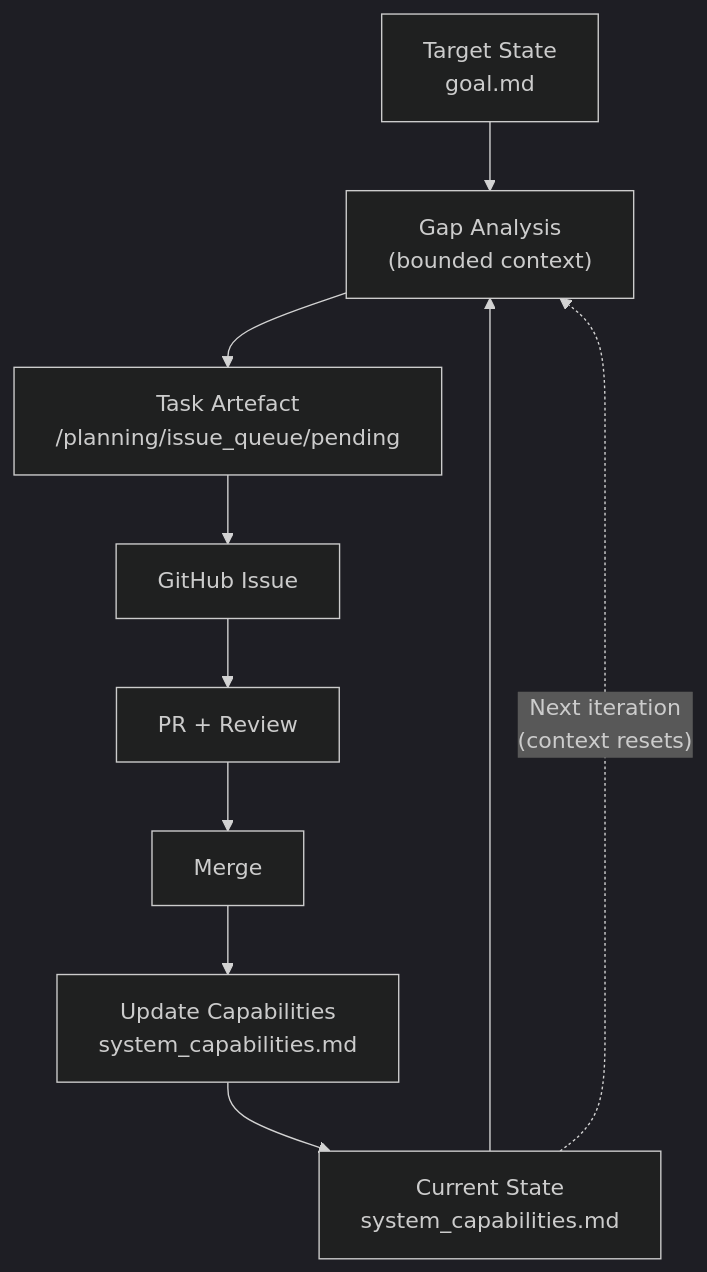
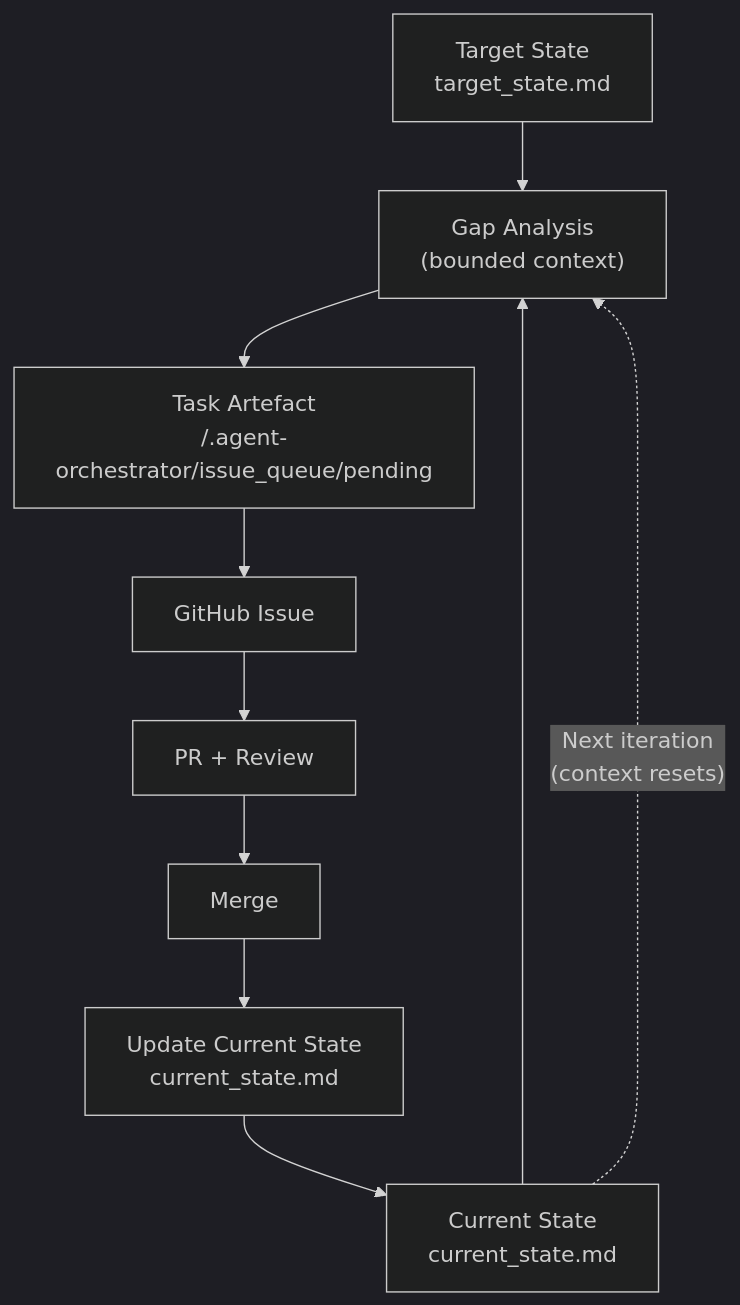
One commit to trickl/github-agent-orchestrator changed the diagram in README.md. Above: the diagram before and after it, drawn with Mermaid (dark theme). The commit also changed other lines of this file and 53 other files, not shown here.

````diff
--- a/README.md
+++ b/README.md
@@ -103,25 +103,25 @@
 ```mermaid
 flowchart TD
-    Goal["Target State<br/>goal.md"]
-    Cap["Current State<br/>system_capabilities.md"]
+    Goal["Target State<br/>target_state.md"]
+    Cap["Current State<br/>current_state.md"]
 
     Gap["Gap Analysis<br/>(bounded context)"]
 
-    Queue["Task Artefact<br/>/planning/issue_queue/pending"]
+    Queue["Task Artefact<br/>/.agent-orchestrator/issue_queue/pending"]
     Issue["GitHub Issue"]
     PR["PR + Review"]
     Merge["Merge"]
 
-    Update["Update Capabilities<br/>system_capabilities.md"]
+    Update["Update Current State<br/>current_state.md"]
 
     Goal --> Gap
     Cap --> Gap
     Gap --> Queue
     Queue --> Issue
     Issue --> PR
     PR --> Merge
     Merge --> Update
     Update --> Cap
 
     Cap -.->|"Next iteration<br/>(context resets)"| Gap
 ```
````
